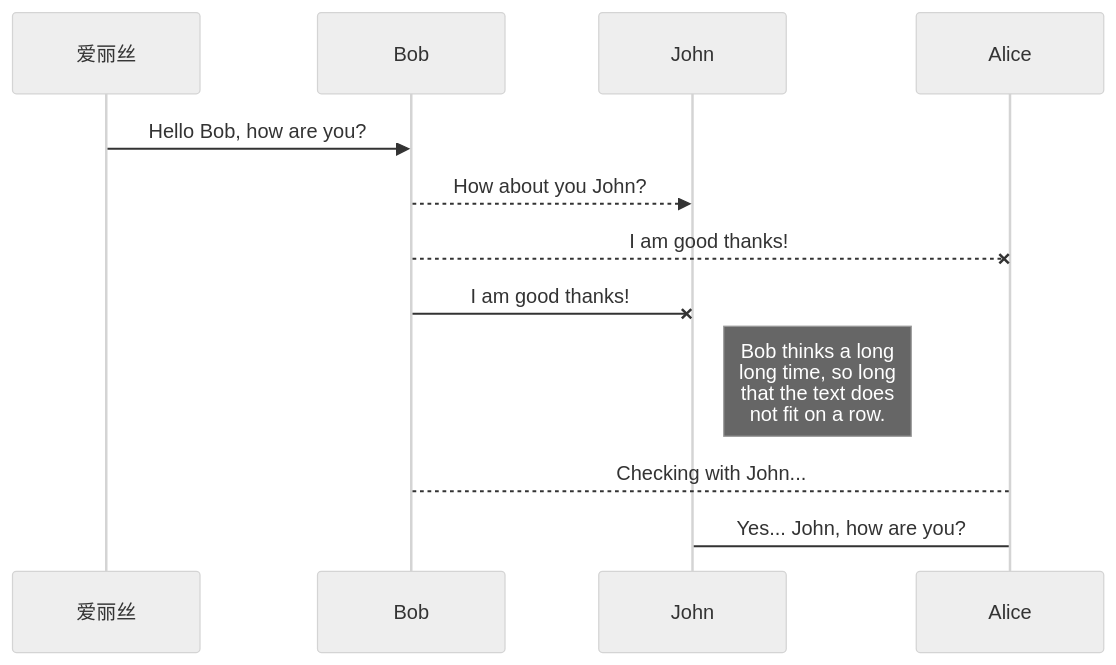
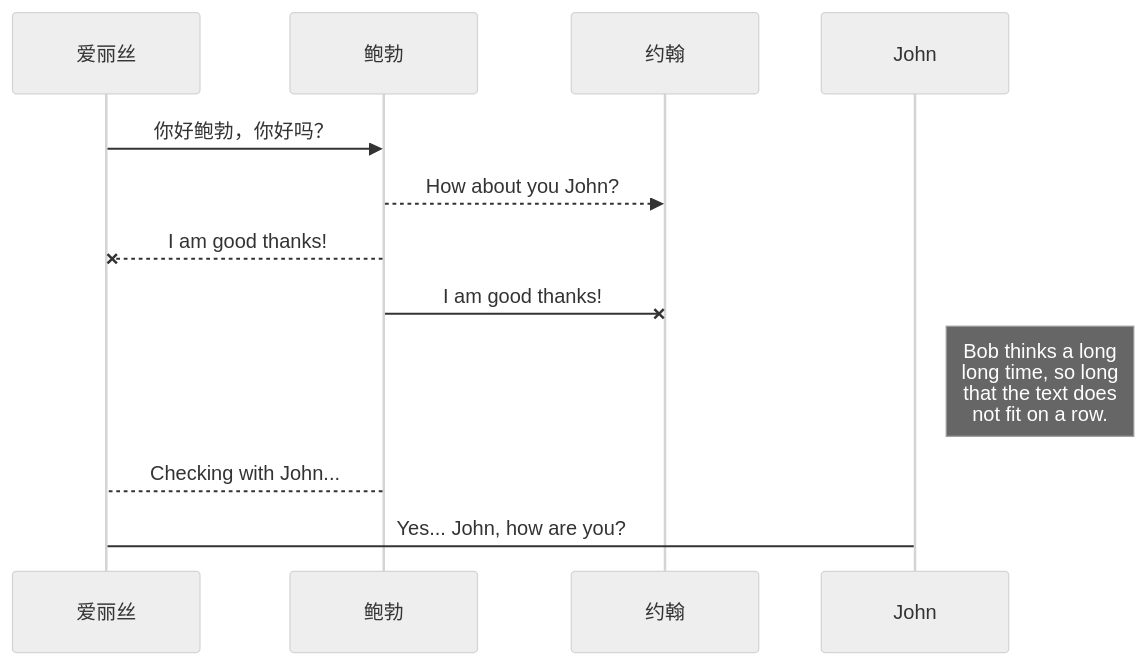
One commit to RisunJiang/notebook changed the second of 4 diagrams in 帮助.md. Above: the diagram before and after it, drawn with Mermaid (neutral theme). The commit also changed other lines of this file, not shown here.

Commit message:
帮助.md updated from https://stackedit.io/

````diff
--- a/帮助.md
+++ b/帮助.md
@@ -138,11 +138,11 @@
 ```mermaid
 sequenceDiagram
-爱丽丝 ->> Bob: Hello Bob, how are you?
-Bob-->>John: How about you John?
-Bob--x Alice: I am good thanks!
-Bob-x John: I am good thanks!
+爱丽丝 ->> 鲍勃: 你好鲍勃，你好吗？
+鲍勃-->>约翰: How about you John?
+鲍勃--x 爱丽丝: I am good thanks!
+鲍勃-x 约翰: I am good thanks!
 Note right of John: Bob thinks a long<br/>long time, so long<br/>that the text does<br/>not fit on a row.
 
-Bob-->Alice: Checking with John...
-Alice->John: Yes... John, how are you?
+鲍勃-->爱丽丝: Checking with John...
+爱丽丝->John: Yes... John, how are you?
 ```
````
